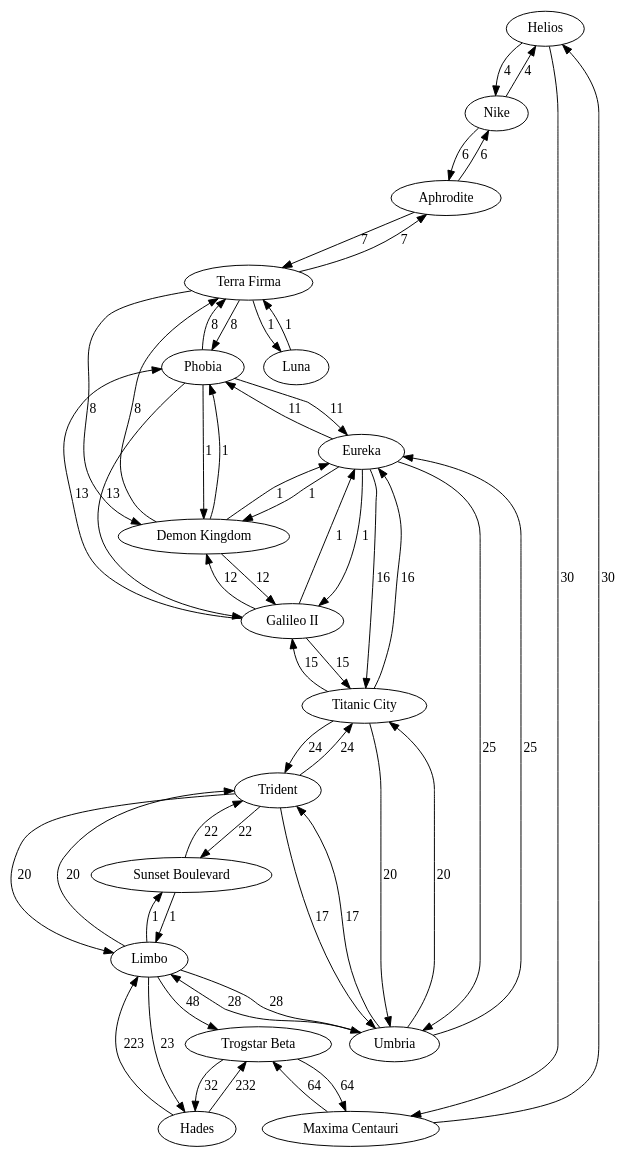
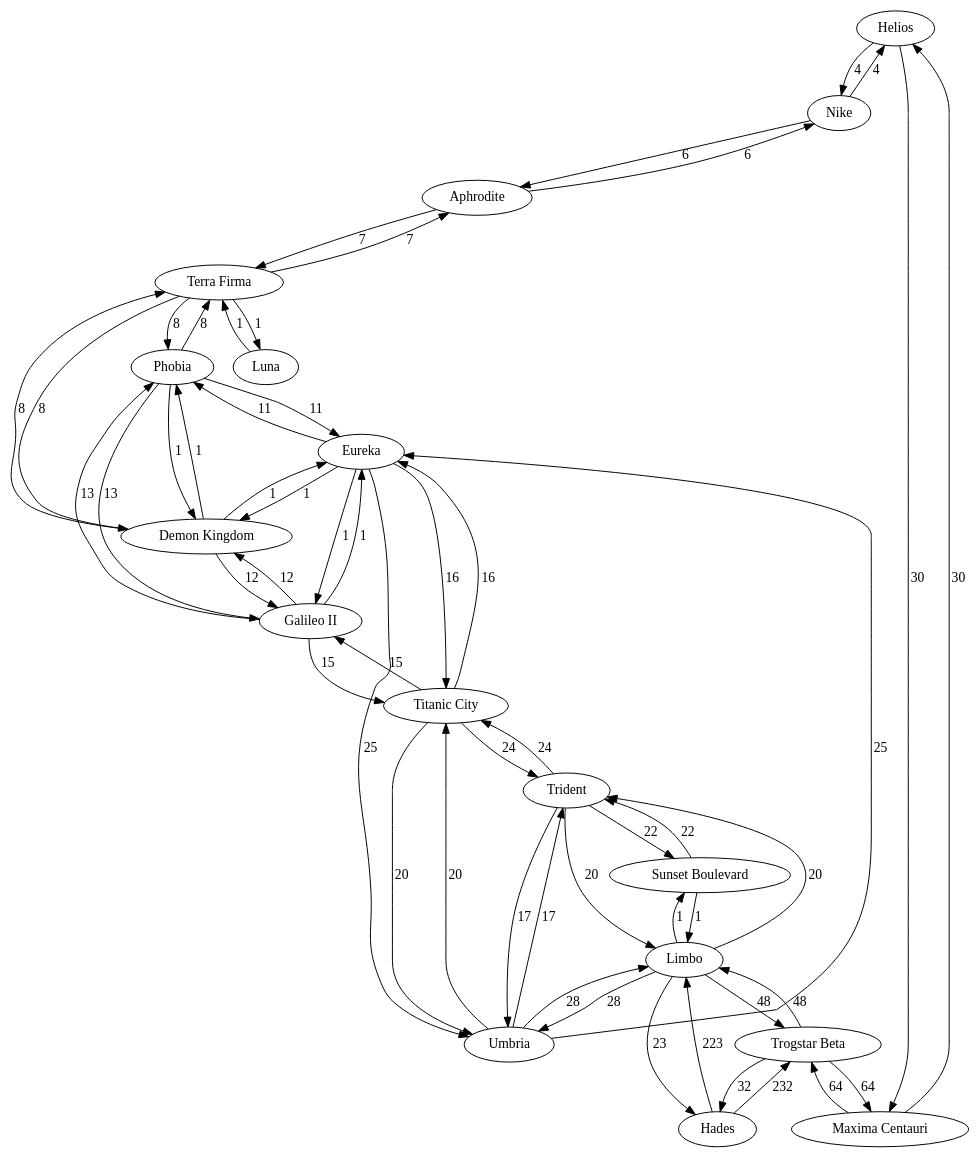
One commit to EduBotics/OO_AIML_Challenge changed the diagram in Challenge_pt2/routes.gv. Above: the diagram before and after it, drawn with Graphviz. The commit also changed 1 other file, not shown here.

```diff
--- a/Challenge_pt2/routes.gv
+++ b/Challenge_pt2/routes.gv
@@ -1,55 +1,56 @@
 strict digraph {
 "Helios" -> "Nike" [label="4"]
 "Nike" -> "Helios" [label="4"]
 "Nike" -> "Aphrodite" [label="6"]
 "Aphrodite" -> "Nike" [label="6"]
 "Aphrodite" -> "Terra Firma" [label="7"]
 "Terra Firma" -> "Aphrodite" [label="7"]
 "Terra Firma" -> "Luna" [label="1"]
 "Luna" -> "Terra Firma" [label="1"]
 "Terra Firma" -> "Demon Kingdom" [label="8"]
 "Demon Kingdom" -> "Terra Firma" [label="8"]
 "Terra Firma" -> "Phobia" [label="8"]
 "Phobia" -> "Terra Firma" [label="8"]
 "Demon Kingdom" -> "Phobia" [label="1"]
 "Phobia" -> "Demon Kingdom" [label="1"]
 "Demon Kingdom" -> "Galileo II" [label="12"]
 "Galileo II" -> "Demon Kingdom" [label="12"]
 "Demon Kingdom" -> "Eureka" [label="1"]
 "Eureka" -> "Demon Kingdom" [label="1"]
 "Phobia" -> "Eureka" [label="11"]
 "Eureka" -> "Phobia" [label="11"]
 "Phobia" -> "Galileo II" [label="13"]
 "Galileo II" -> "Phobia" [label="13"]
 "Eureka" -> "Galileo II" [label="1"]
 "Galileo II" -> "Eureka" [label="1"]
 "Eureka" -> "Titanic City" [label="16"]
 "Titanic City" -> "Eureka" [label="16"]
 "Eureka" -> "Umbria" [label="25"]
 "Umbria" -> "Eureka" [label="25"]
 "Galileo II" -> "Titanic City" [label="15"]
 "Titanic City" -> "Galileo II" [label="15"]
 "Titanic City" -> "Umbria" [label="20"]
 "Umbria" -> "Titanic City" [label="20"]
 "Titanic City" -> "Trident" [label="24"]
 "Trident" -> "Titanic City" [label="24"]
 "Umbria" -> "Trident" [label="17"]
 "Trident" -> "Umbria" [label="17"]
 "Umbria" -> "Limbo" [label="28"]
 "Limbo" -> "Umbria" [label="28"]
 "Trident" -> "Limbo" [label="20"]
 "Limbo" -> "Trident" [label="20"]
 "Trident" -> "Sunset Boulevard" [label="22"]
 "Sunset Boulevard" -> "Trident" [label="22"]
 "Limbo" -> "Sunset Boulevard" [label="1"]
 "Sunset Boulevard" -> "Limbo" [label="1"]
 "Limbo" -> "Hades" [label="23"]
 "Limbo" -> "Trogstar Beta" [label="48"]
+"Trogstar Beta" -> "Limbo" [label="48"]
 "Hades" -> "Limbo" [label="223"]
 "Hades" -> "Trogstar Beta" [label="232"]
 "Trogstar Beta" -> "Hades" [label="32"]
 "Trogstar Beta" -> "Maxima Centauri" [label="64"]
 "Maxima Centauri" -> "Trogstar Beta" [label="64"]
 "Maxima Centauri" -> "Helios" [label="30"]
 "Helios" -> "Maxima Centauri" [label="30"]
 }
```
